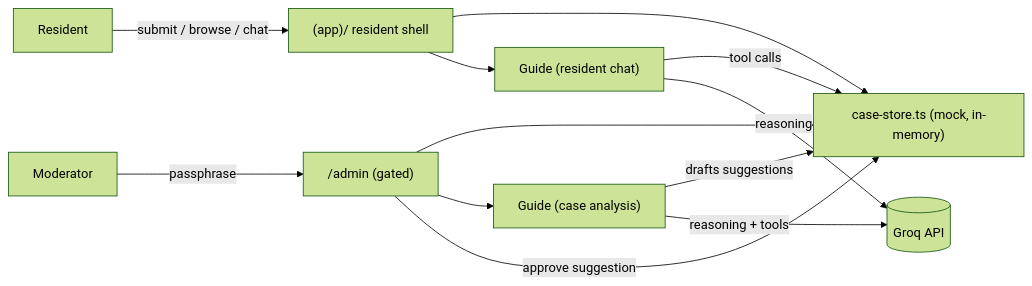
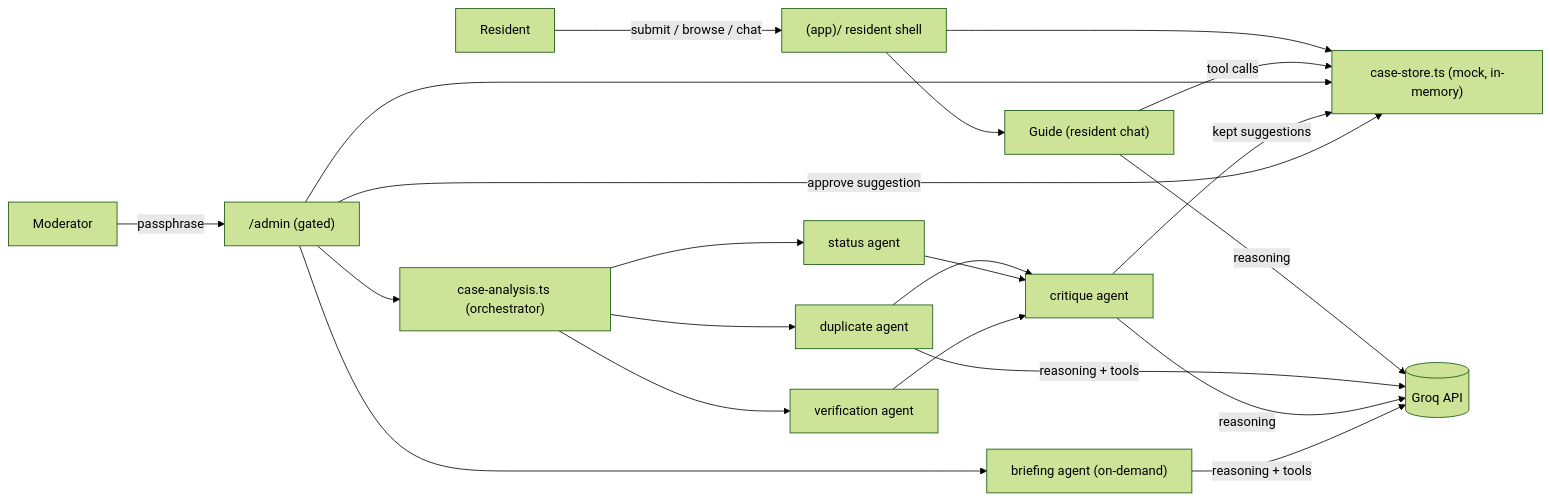
One commit to Bhakti864653/commonground changed the diagram in README.md. Above: the diagram before and after it, drawn with Mermaid (forest theme). The commit also changed other lines of this file and 15 other files, not shown here.

````diff
--- a/README.md
+++ b/README.md
@@ -54,14 +62,21 @@
 ```mermaid
 flowchart LR
   Resident -->|submit / browse / chat| AppShell["(app)/ resident shell"]
   AppShell --> Store["case-store.ts (mock, in-memory)"]
   AppShell --> Guide["Guide (resident chat)"]
   Guide -->|tool calls| Store
   Guide -->|reasoning| Groq[(Groq API)]
   Moderator -->|passphrase| Admin["/admin (gated)"]
   Admin --> Store
-  Admin --> GuideAnalysis["Guide (case analysis)"]
-  GuideAnalysis -->|drafts suggestions| Store
-  GuideAnalysis -->|reasoning + tools| Groq
+  Admin --> Orchestrator["case-analysis.ts (orchestrator)"]
+  Orchestrator --> DupAgent["duplicate agent"]
+  Orchestrator --> StatusAgent["status agent"]
+  Orchestrator --> VerifyAgent["verification agent"]
+  DupAgent & StatusAgent & VerifyAgent --> Critique["critique agent"]
+  Critique -->|kept suggestions| Store
+  DupAgent -->|reasoning + tools| Groq
+  Critique -->|reasoning| Groq
+  Admin --> Briefing["briefing agent (on-demand)"]
+  Briefing -->|reasoning + tools| Groq
   Admin -->|approve suggestion| Store
 ```
````
